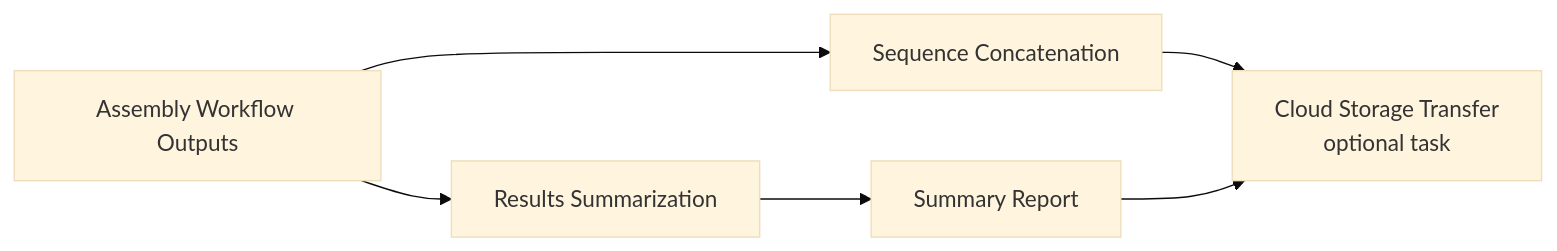
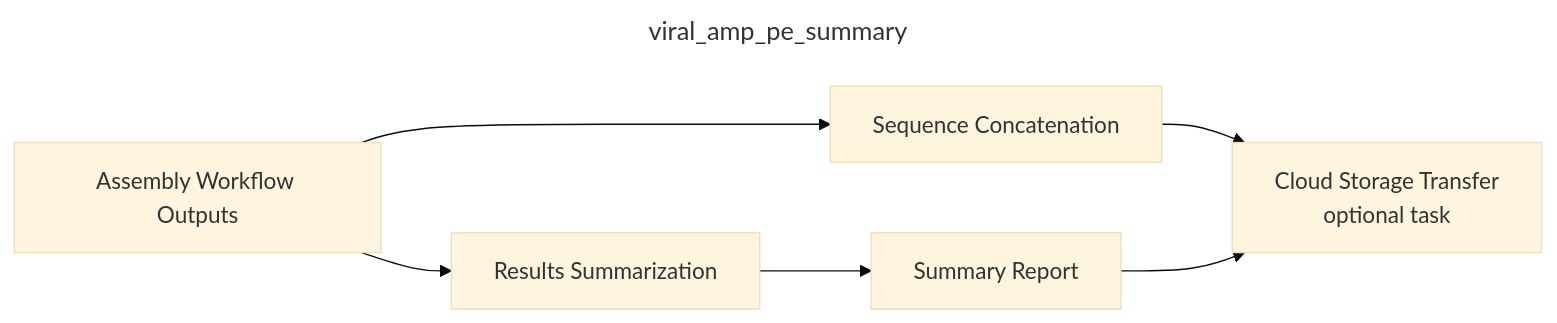
Before and after one commit to CDPHE-bioinformatics/CDPHE-Viral-Amplicon-WDL: the second of 3 diagrams in README.md, drawn with Mermaid (base theme). The commit also changed other lines of this file, not shown here.

````diff
--- a/README.md
+++ b/README.md
@@ -42,7 +45,10 @@
 ```mermaid
+---
+title: viral_amp_pe_summary
+---
 graph LR
     A[Assembly Workflow Outputs] --> B[Sequence Concatenation]
     A --> C[Results Summarization]
     C --> D[Summary Report]
     B & D --> E[Cloud Storage Transfer<br/>optional task]
 ```
````
